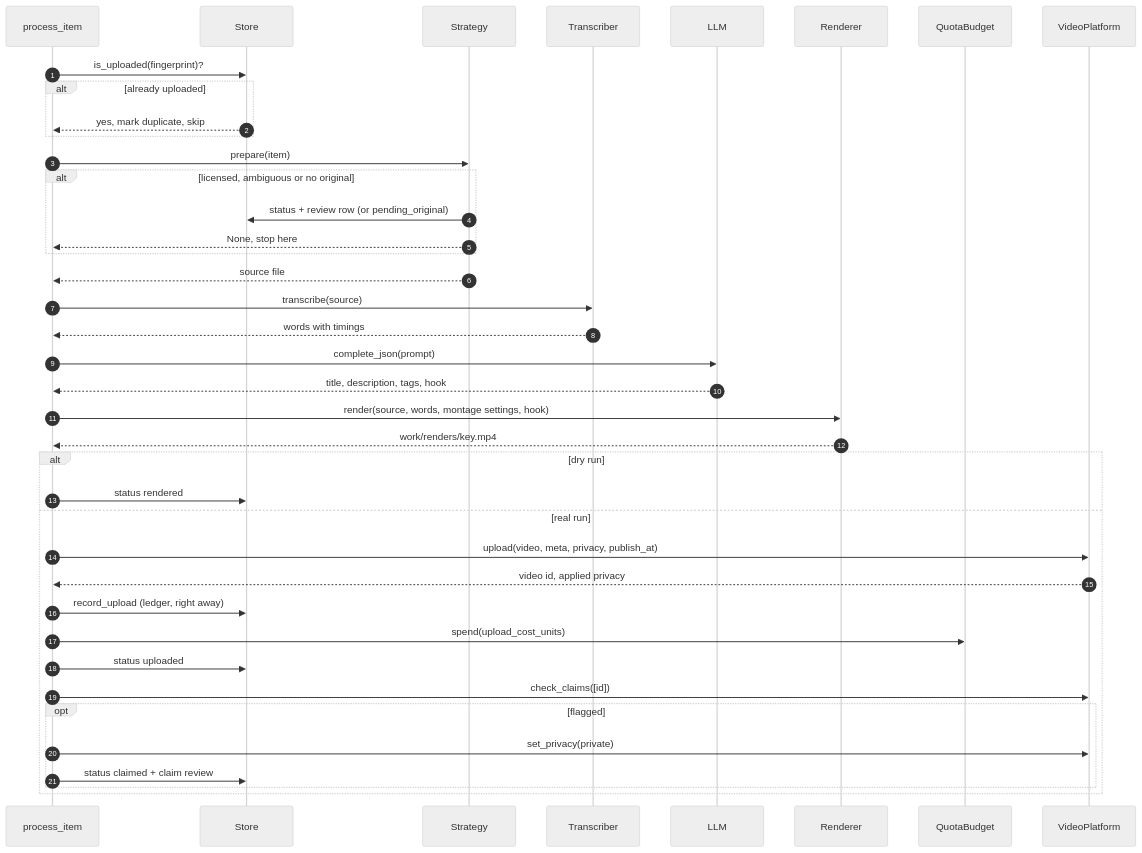
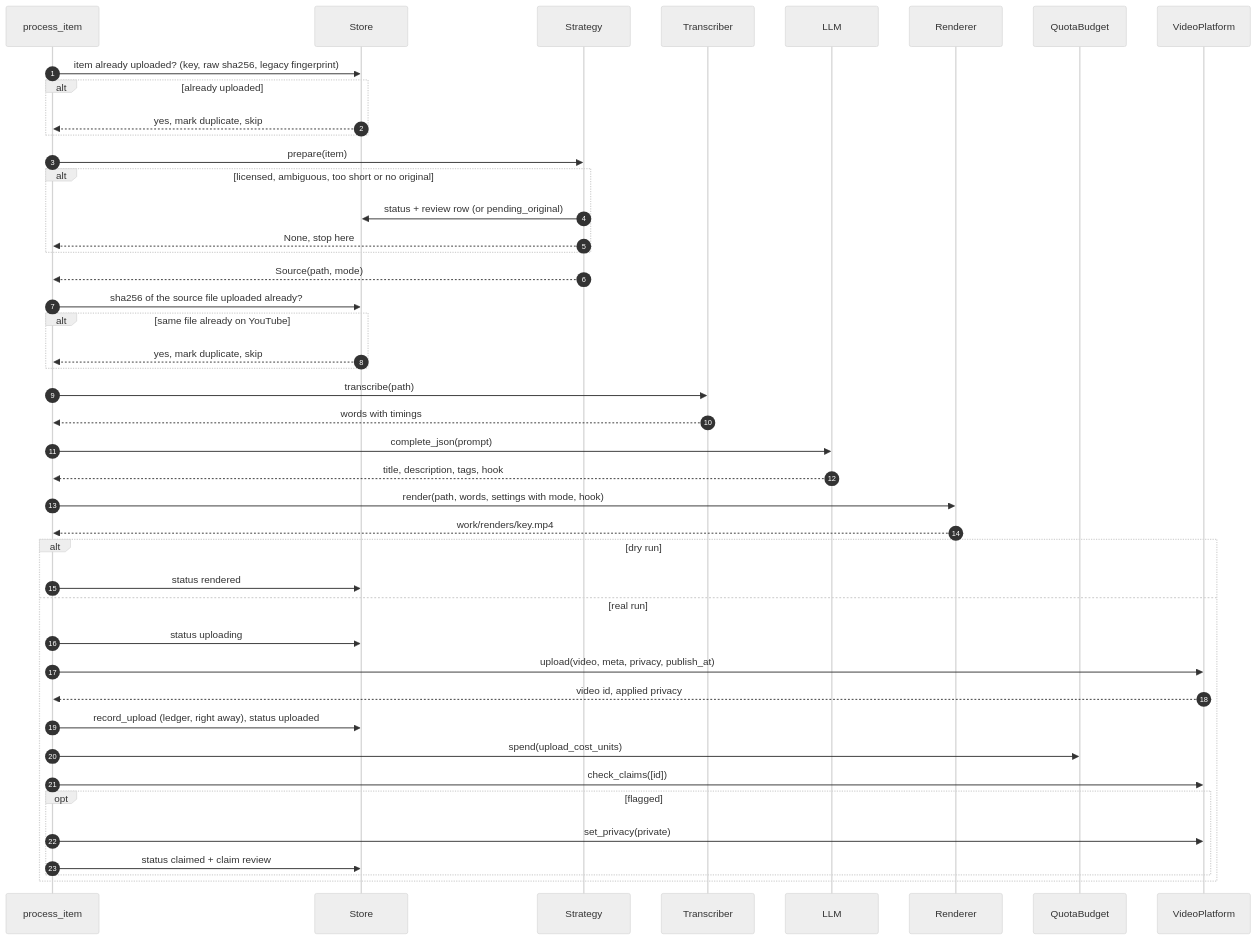
One commit to m-elkhou/social2shorts changed the third of 4 diagrams in docs/architecture.md. Above: the diagram before and after it, drawn with Mermaid (neutral theme). The commit also changed other lines of this file and 20 other files, not shown here.

````diff
--- a/docs/architecture.md
+++ b/docs/architecture.md
@@ -159,42 +172,46 @@
 ```mermaid
 sequenceDiagram
     autonumber
     participant P as process_item
     participant DB as Store
     participant S as Strategy
     participant T as Transcriber
     participant L as LLM
     participant R as Renderer
     participant Q as QuotaBudget
     participant YT as VideoPlatform
-    P->>DB: is_uploaded(fingerprint)?
+    P->>DB: item already uploaded? (key, raw sha256, legacy fingerprint)
     alt already uploaded
         DB-->>P: yes, mark duplicate, skip
     end
     P->>S: prepare(item)
-    alt licensed, ambiguous or no original
+    alt licensed, ambiguous, too short or no original
         S->>DB: status + review row (or pending_original)
         S-->>P: None, stop here
     end
-    S-->>P: source file
-    P->>T: transcribe(source)
+    S-->>P: Source(path, mode)
+    P->>DB: sha256 of the source file uploaded already?
+    alt same file already on YouTube
+        DB-->>P: yes, mark duplicate, skip
+    end
+    P->>T: transcribe(path)
     T-->>P: words with timings
     P->>L: complete_json(prompt)
     L-->>P: title, description, tags, hook
-    P->>R: render(source, words, montage settings, hook)
+    P->>R: render(path, words, settings with mode, hook)
     R-->>P: work/renders/key.mp4
     alt dry run
         P->>DB: status rendered
     else real run
+        P->>DB: status uploading
         P->>YT: upload(video, meta, privacy, publish_at)
         YT-->>P: video id, applied privacy
-        P->>DB: record_upload (ledger, right away)
+        P->>DB: record_upload (ledger, right away), status uploaded
         P->>Q: spend(upload_cost_units)
-        P->>DB: status uploaded
         P->>YT: check_claims([id])
         opt flagged
             P->>YT: set_privacy(private)
             P->>DB: status claimed + claim review
         end
     end
 ```
````
